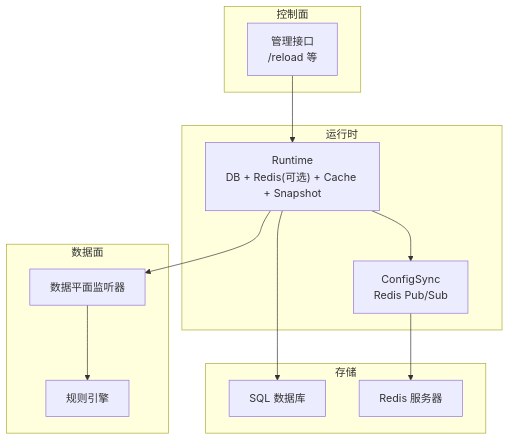
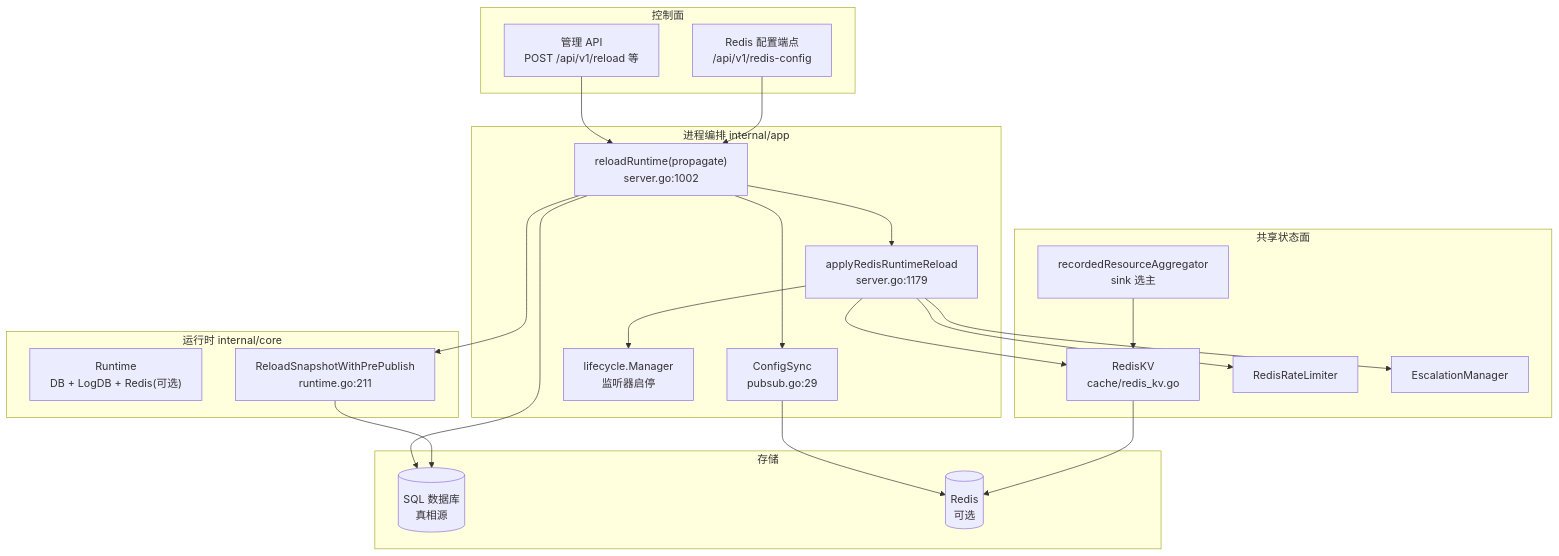
One commit to x01n/My-OpenWaf changed the first of 7 diagrams in docs/配置管理系统/分布式同步机制.md. Above: the diagram before and after it, drawn with Mermaid. The commit also changed other lines of this file and 622 other files, not shown here.

````diff
--- a/docs/配置管理系统/分布式同步机制.md
+++ b/docs/配置管理系统/分布式同步机制.md
@@ -38,24 +67,41 @@
 ```mermaid
 graph TB
 subgraph "控制面"
-Admin["管理接口<br/>/reload 等"]
+ADM["管理 API<br/>POST /api/v1/reload 等"]
+NET["Redis 配置端点<br/>/api/v1/redis-config"]
 end
-subgraph "数据面"
-Engine["规则引擎"]
-DP["数据平面监听器"]
+subgraph "进程编排 internal/app"
+RR["reloadRuntime(propagate)<br/>server.go:1002"]
+CS["ConfigSync<br/>pubsub.go:29"]
+AR["applyRedisRuntimeReload<br/>server.go:1179"]
+LC["lifecycle.Manager<br/>监听器启停"]
 end
-subgraph "运行时"
-RT["Runtime<br/>DB + Redis(可选) + Cache + Snapshot"]
-CS["ConfigSync<br/>Redis Pub/Sub"]
+subgraph "运行时 internal/core"
+RT["Runtime<br/>DB + LogDB + Redis(可选)"]
+CAS["ReloadSnapshotWithPrePublish<br/>runtime.go:211"]
+end
+subgraph "共享状态面"
+KV["RedisKV<br/>cache/redis_kv.go"]
+AGG["recordedResourceAggregator<br/>sink 选主"]
+RL["RedisRateLimiter"]
+ESC["EscalationManager"]
 end
 subgraph "存储"
-DB["SQL 数据库"]
-Redis["Redis 服务器"]
+DB[("SQL 数据库<br/>真相源")]
+RDS[("Redis<br/>可选")]
 end
-Admin --> RT
-RT --> DB
-RT --> CS
-CS --> Redis
-RT --> DP
-DP --> Engine
+ADM --> RR
+NET --> RR
+RR --> DB
+RR --> CAS
+CAS --> DB
+RR --> CS
+CS --> RDS
+RR --> AR
+AR --> KV
+AR --> RL
+AR --> ESC
+KV --> RDS
+AGG --> KV
+AR --> LC
 ```
````
